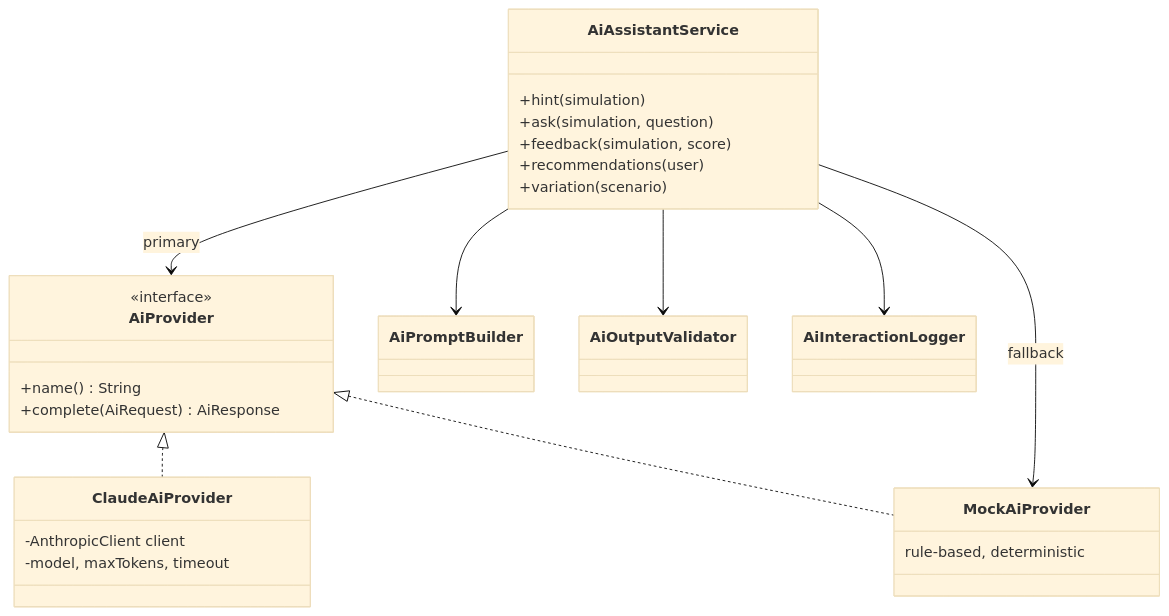
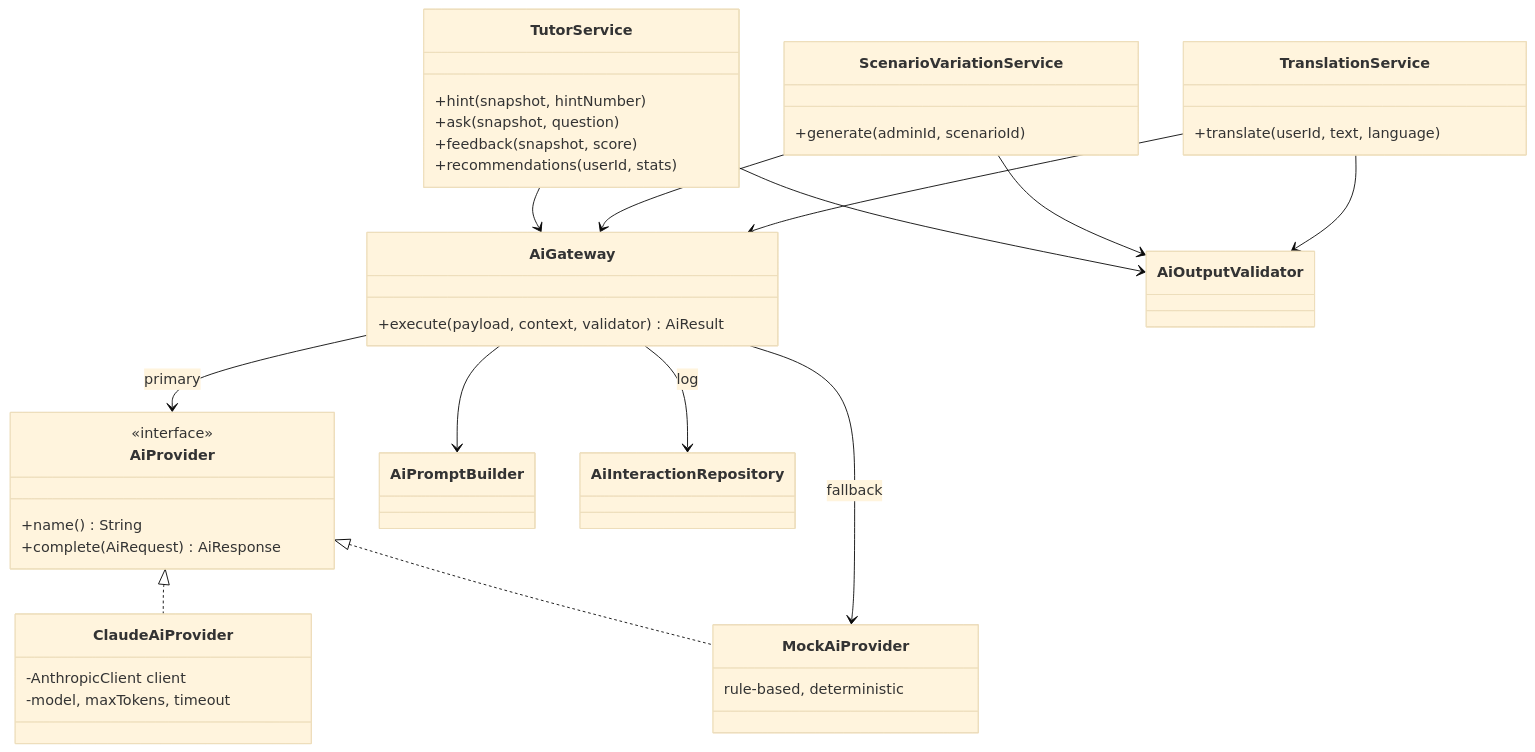
One commit to baghdasaryanzenfira-spec/cyber-sim changed the first of 2 diagrams in docs/en/09-ai-integration.md. Above: the diagram before and after it, drawn with Mermaid (base theme). The commit also changed other lines of this file and 61 other files, not shown here.

````diff
--- a/docs/en/09-ai-integration.md
+++ b/docs/en/09-ai-integration.md
@@ -18,32 +47,45 @@
 ```mermaid
 classDiagram
   class AiProvider {
     <<interface>>
     +name() String
     +complete(AiRequest) AiResponse
   }
   class ClaudeAiProvider {
     -AnthropicClient client
     -model, maxTokens, timeout
   }
   class MockAiProvider {
     rule-based, deterministic
   }
-  class AiAssistantService {
-    +hint(simulation)
-    +ask(simulation, question)
-    +feedback(simulation, score)
-    +recommendations(user)
-    +variation(scenario)
+  class AiGateway {
+    +execute(payload, context, validator) AiResult
+  }
+  class TutorService {
+    +hint(snapshot, hintNumber)
+    +ask(snapshot, question)
+    +feedback(snapshot, score)
+    +recommendations(userId, stats)
+  }
+  class ScenarioVariationService {
+    +generate(adminId, scenarioId)
+  }
+  class TranslationService {
+    +translate(userId, text, language)
   }
   class AiPromptBuilder
   class AiOutputValidator
-  class AiInteractionLogger
+  class AiInteractionRepository
   AiProvider <|.. ClaudeAiProvider
   AiProvider <|.. MockAiProvider
-  AiAssistantService --> AiProvider : primary
-  AiAssistantService --> MockAiProvider : fallback
-  AiAssistantService --> AiPromptBuilder
-  AiAssistantService --> AiOutputValidator
-  AiAssistantService --> AiInteractionLogger
+  AiGateway --> AiProvider : primary
+  AiGateway --> MockAiProvider : fallback
+  AiGateway --> AiPromptBuilder
+  AiGateway --> AiInteractionRepository : log
+  TutorService --> AiGateway
+  TutorService --> AiOutputValidator
+  ScenarioVariationService --> AiGateway
+  ScenarioVariationService --> AiOutputValidator
+  TranslationService --> AiGateway
+  TranslationService --> AiOutputValidator
 ```
````
